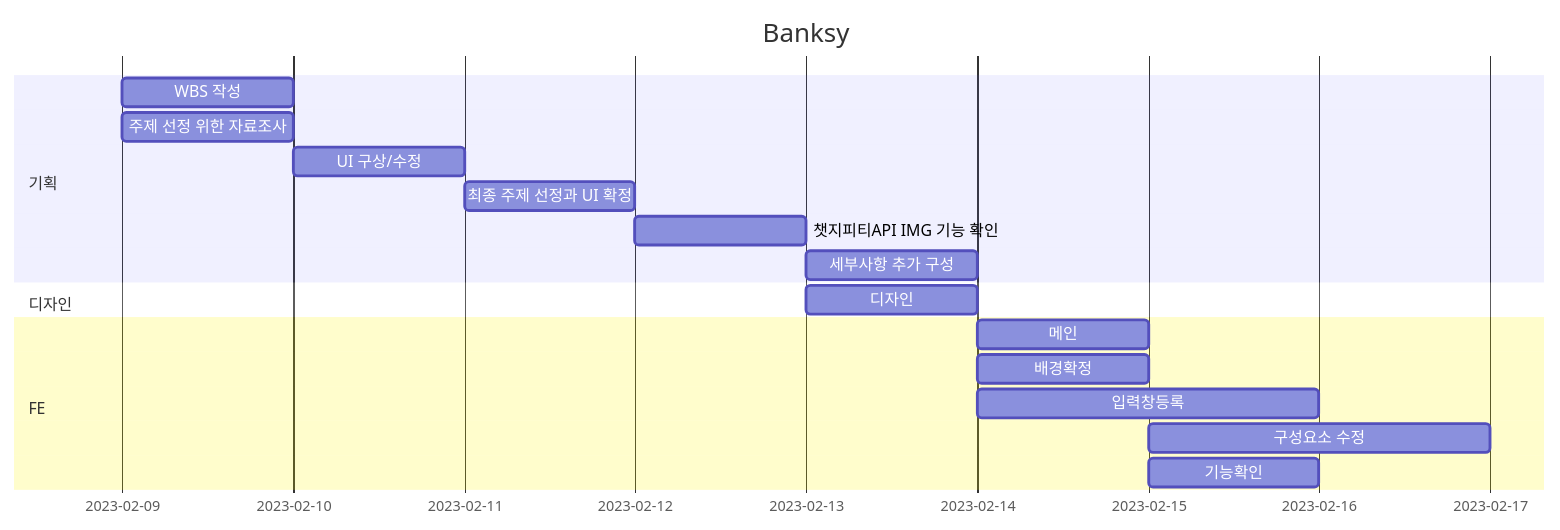
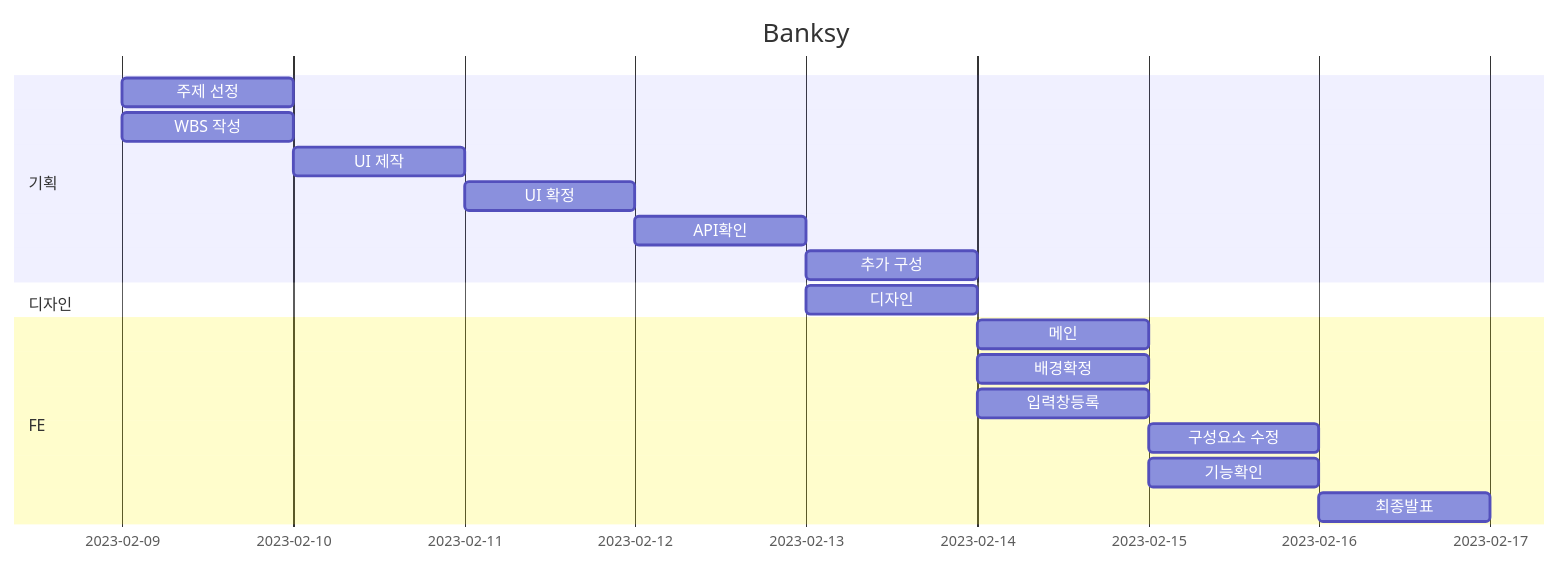
One commit to Jinseonghyun/AI_image_Banksy changed the second of 2 diagrams in README.md. Above: the diagram before and after it, drawn with Mermaid. The commit also changed other lines of this file and 1 other file, not shown here.

````diff
--- a/README.md
+++ b/README.md
@@ -61,20 +76,21 @@
 ```mermaid
 gantt
     title Banksy
     dateFormat YY-MM-DD
     section 기획
+        주제 선정  :2023-02-09, 1d
         WBS 작성   :2023-02-09, 1d
-        주제 선정 위한 자료조사 :2023-02-09, 1d
-        UI 구상/수정 :2023-02-10, 1d
-        최종 주제 선정과 UI 확정 :2023-02-11, 1d
-        챗지피티API IMG 기능 확인 :2023-02-12, 1d
-        세부사항 추가 구성 :2023-02-13, 1d
+        UI 제작 :2023-02-10, 1d
+        UI 확정 :2023-02-11, 1d
+        API확인 :2023-02-12, 1d
+        추가 구성 :2023-02-13, 1d
     section 디자인
         디자인 :2023-02-13, 1d
     section FE
         메인   :2023-02-14, 1d
         배경확정  :2023-02-14, 1d
-        입력창등록    :2023-02-14, 2d
-        구성요소 수정    :2023-02-15, 2d
+        입력창등록    :2023-02-14, 1d
+        구성요소 수정    :2023-02-15, 1d
         기능확인    :2023-02-15, 1d
+        최종발표    :2023-02-16, 1d
 ```
````
